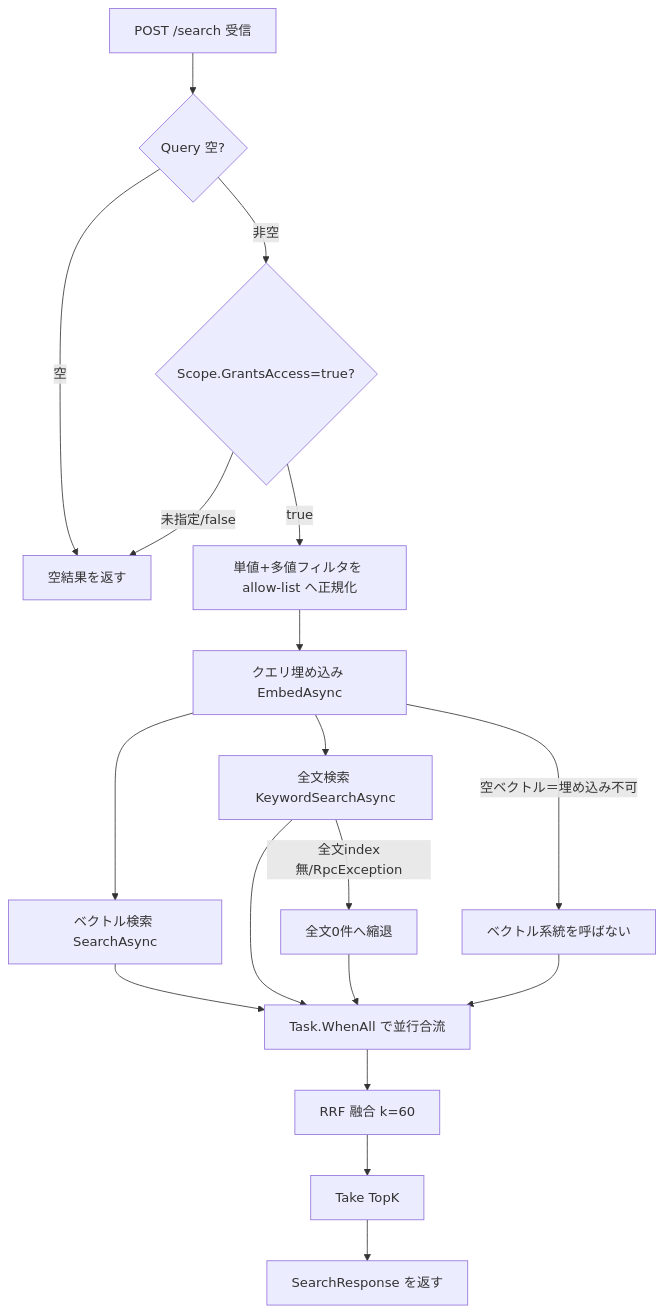
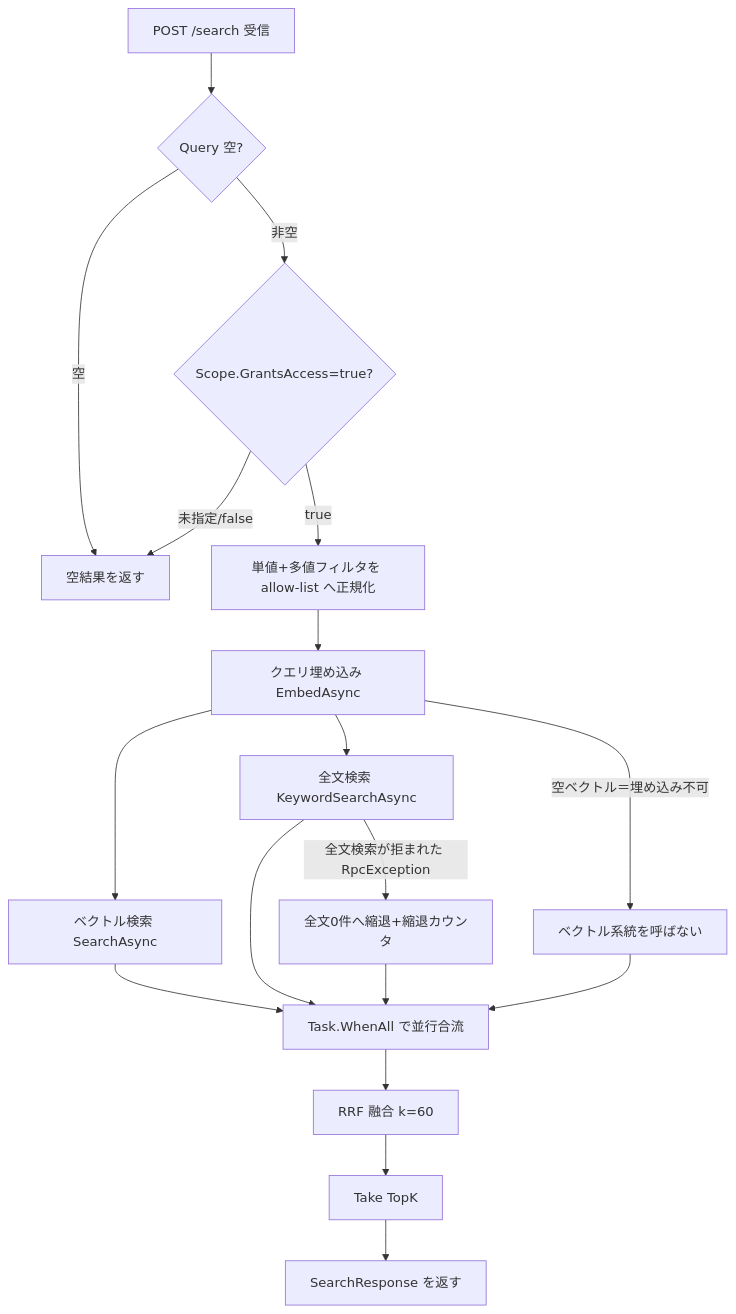
Before and after one commit to endazon/microservices-platform: the diagram in docs/functional/FR-03_hybrid-search.md, drawn with Mermaid. The commit also changed other lines of this file and 20 other files, not shown here.

````diff
--- a/docs/functional/FR-03_hybrid-search.md
+++ b/docs/functional/FR-03_hybrid-search.md
@@ -58,20 +58,20 @@
 ```mermaid
 flowchart TD
   A[POST /search 受信] --> B{Query 空?}
   B -->|空| Z[空結果を返す]
   B -->|非空| C{Scope.GrantsAccess=true?}
   C -->|未指定/false| Z
   C -->|true| D[単値+多値フィルタを allow-list へ正規化]
   D --> E[クエリ埋め込み EmbedAsync]
   E --> F[ベクトル検索 SearchAsync]
   E --> G[全文検索 KeywordSearchAsync]
   F --> H[Task.WhenAll で並行合流]
   G --> H
   H --> I[RRF 融合 k=60]
   I --> J[Take TopK]
   J --> K[SearchResponse を返す]
-  G -->|全文index無/RpcException| L[全文0件へ縮退]
+  G -->|全文検索が拒まれた RpcException| L[全文0件へ縮退+縮退カウンタ]
   L --> H
   E -->|空ベクトル＝埋め込み不可| M[ベクトル系統を呼ばない]
   M --> H
 ```
````
